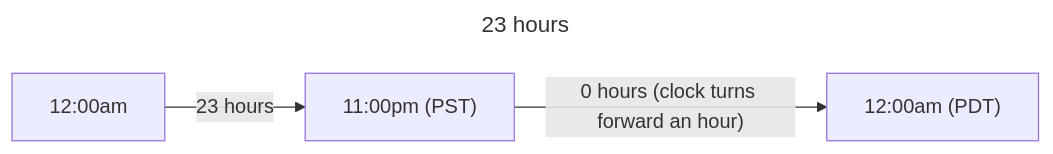
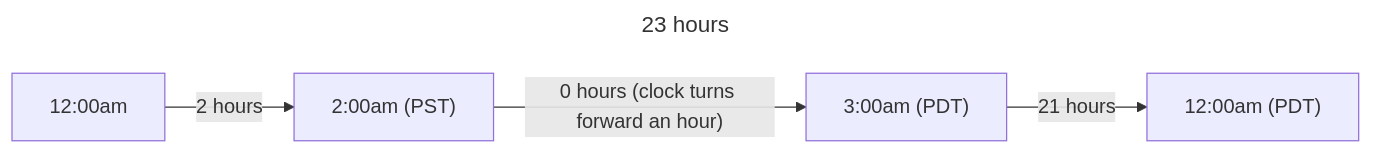
Before and after one commit to TomerAberbach/website: the second of 2 diagrams in private/posts/the-1-hour-per-year-bug.md, drawn with Mermaid. The commit also changed other lines of this file, not shown here.

````diff
--- a/private/posts/the-1-hour-per-year-bug.md
+++ b/private/posts/the-1-hour-per-year-bug.md
@@ -109,11 +120,12 @@
 ```mermaid
 ---
 title: 23 hours
 ---
 graph LR
     START_TIME[12:00am]
-    CURRENT_TIME["11:00pm (PST)"]
+    DST_STARTED_TIME_PST["2:00am (PST)"]
+    DST_STARTED_TIME_PDT["3:00am (PDT)"]
     INPUT_TIME["12:00am (PDT)"]
 
-    START_TIME -->|23 hours| CURRENT_TIME -->|"0 hours (clock turns forward an hour)"| INPUT_TIME
+    START_TIME -->|2 hours| DST_STARTED_TIME_PST -->|"0 hours (clock turns forward an hour)"| DST_STARTED_TIME_PDT -->|21 hours| INPUT_TIME
 ```
````
